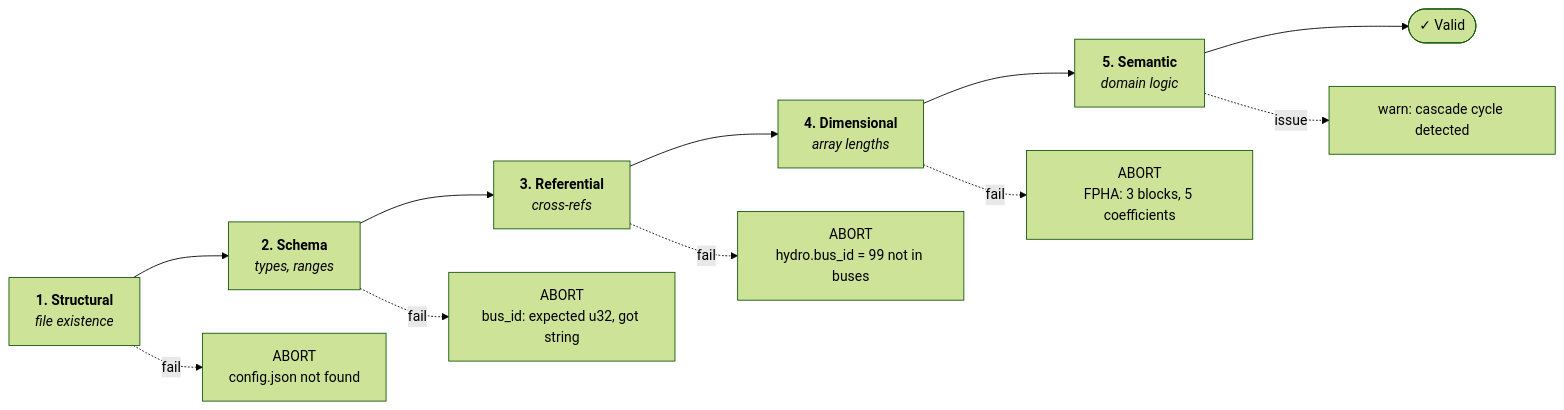
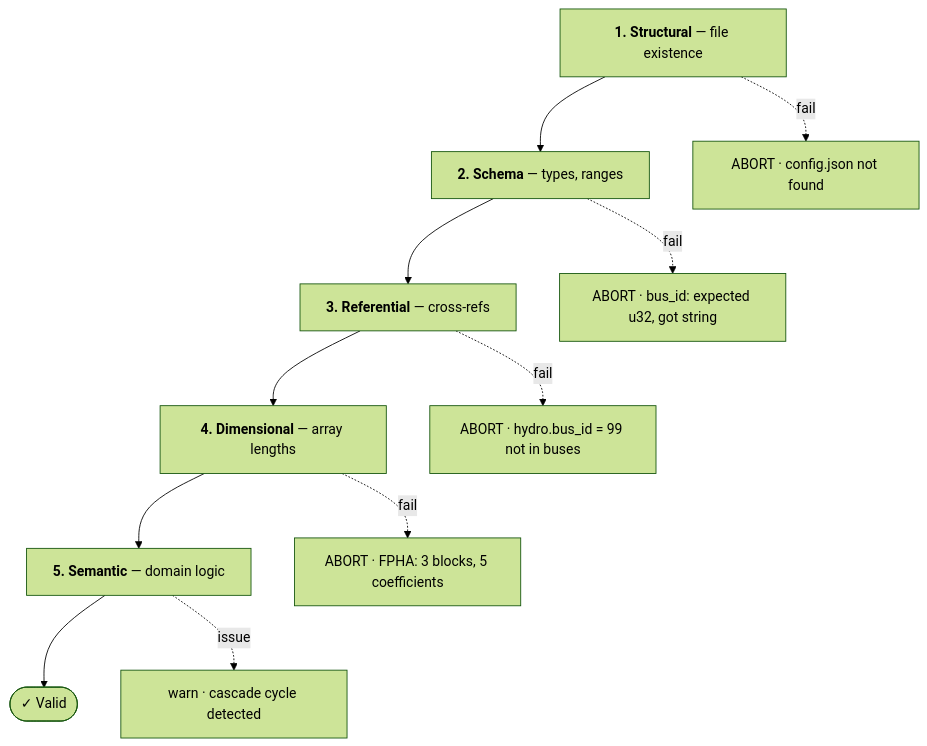
The diagram in src/specs/architecture/validation-architecture.md (cobre-rs/cobre-docs), drawn with Mermaid (forest theme) before and after one commit. The commit also changed 5 other files, not shown here.

````diff
--- a/src/specs/architecture/validation-architecture.md
+++ b/src/specs/architecture/validation-architecture.md
@@ -15,21 +15,21 @@
 ```mermaid
-flowchart LR
-    L1["<b>1. Structural</b><br/><i>file existence</i>"]
-    L2["<b>2. Schema</b><br/><i>types, ranges</i>"]
-    L3["<b>3. Referential</b><br/><i>cross-refs</i>"]
-    L4["<b>4. Dimensional</b><br/><i>array lengths</i>"]
-    L5["<b>5. Semantic</b><br/><i>domain logic</i>"]
+flowchart TB
+    L1["<b>1. Structural</b> — file existence"]
+    L2["<b>2. Schema</b> — types, ranges"]
+    L3["<b>3. Referential</b> — cross-refs"]
+    L4["<b>4. Dimensional</b> — array lengths"]
+    L5["<b>5. Semantic</b> — domain logic"]
     OK(["✓ Valid"])
-    A1["ABORT<br/>config.json not found"]
-    A2["ABORT<br/>bus_id: expected u32, got string"]
-    A3["ABORT<br/>hydro.bus_id = 99 not in buses"]
-    A4["ABORT<br/>FPHA: 3 blocks, 5 coefficients"]
-    W5["warn: cascade cycle detected"]
+    A1["ABORT · config.json not found"]
+    A2["ABORT · bus_id: expected u32, got string"]
+    A3["ABORT · hydro.bus_id = 99 not in buses"]
+    A4["ABORT · FPHA: 3 blocks, 5 coefficients"]
+    W5["warn · cascade cycle detected"]
 
     L1 --> L2 --> L3 --> L4 --> L5 --> OK
     L1 -.->|fail| A1
     L2 -.->|fail| A2
     L3 -.->|fail| A3
     L4 -.->|fail| A4
     L5 -.->|issue| W5
 ```
````
